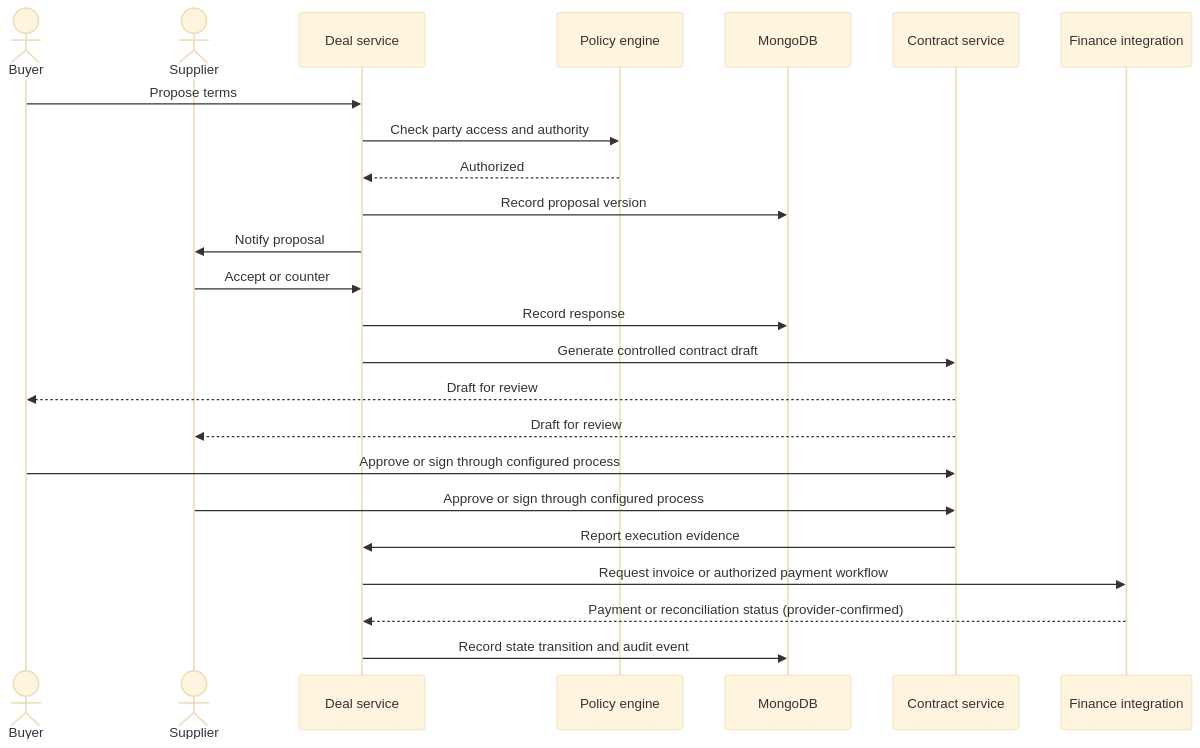
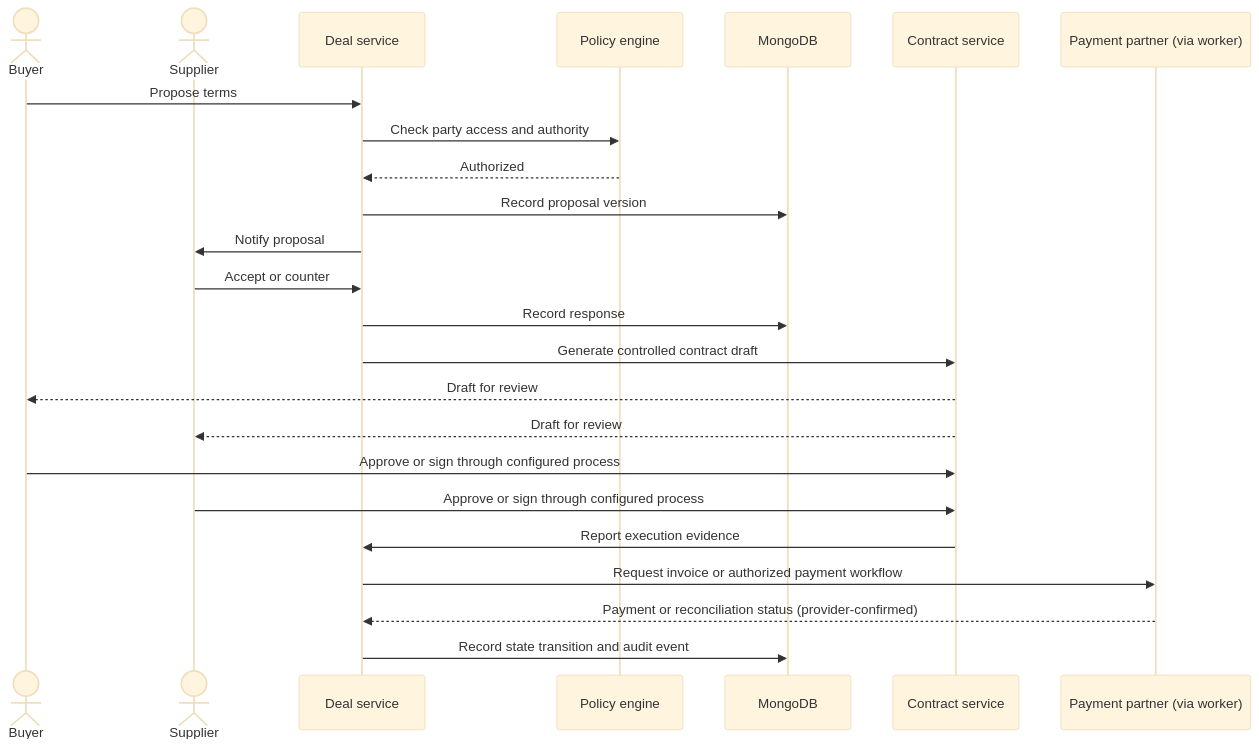
Before and after one commit to greensoft-atom/tex-platform: diagram 15 of 21 in 05-system-design-blueprint.md, drawn with Mermaid (base theme). The commit also changed other lines of this file and 615 other files, not shown here.

````diff
--- a/05-system-design-blueprint.md
+++ b/05-system-design-blueprint.md
@@ -796,26 +888,26 @@
 ```mermaid
 sequenceDiagram
     actor Buyer
     actor Supplier
     participant DEAL as Deal service
     participant POL as Policy engine
     participant DB as MongoDB
     participant CON as Contract service
-    participant FIN as Finance integration
+    participant FIN as Payment partner (via worker)
     Buyer->>DEAL: Propose terms
     DEAL->>POL: Check party access and authority
     POL-->>DEAL: Authorized
     DEAL->>DB: Record proposal version
     DEAL->>Supplier: Notify proposal
     Supplier->>DEAL: Accept or counter
     DEAL->>DB: Record response
     DEAL->>CON: Generate controlled contract draft
     CON-->>Buyer: Draft for review
     CON-->>Supplier: Draft for review
     Buyer->>CON: Approve or sign through configured process
     Supplier->>CON: Approve or sign through configured process
     CON->>DEAL: Report execution evidence
     DEAL->>FIN: Request invoice or authorized payment workflow
     FIN-->>DEAL: Payment or reconciliation status (provider-confirmed)
     DEAL->>DB: Record state transition and audit event
 ```
````
